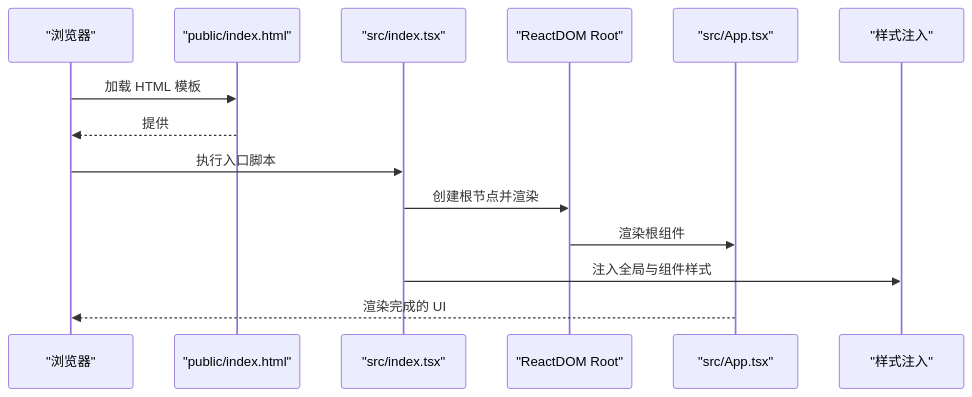
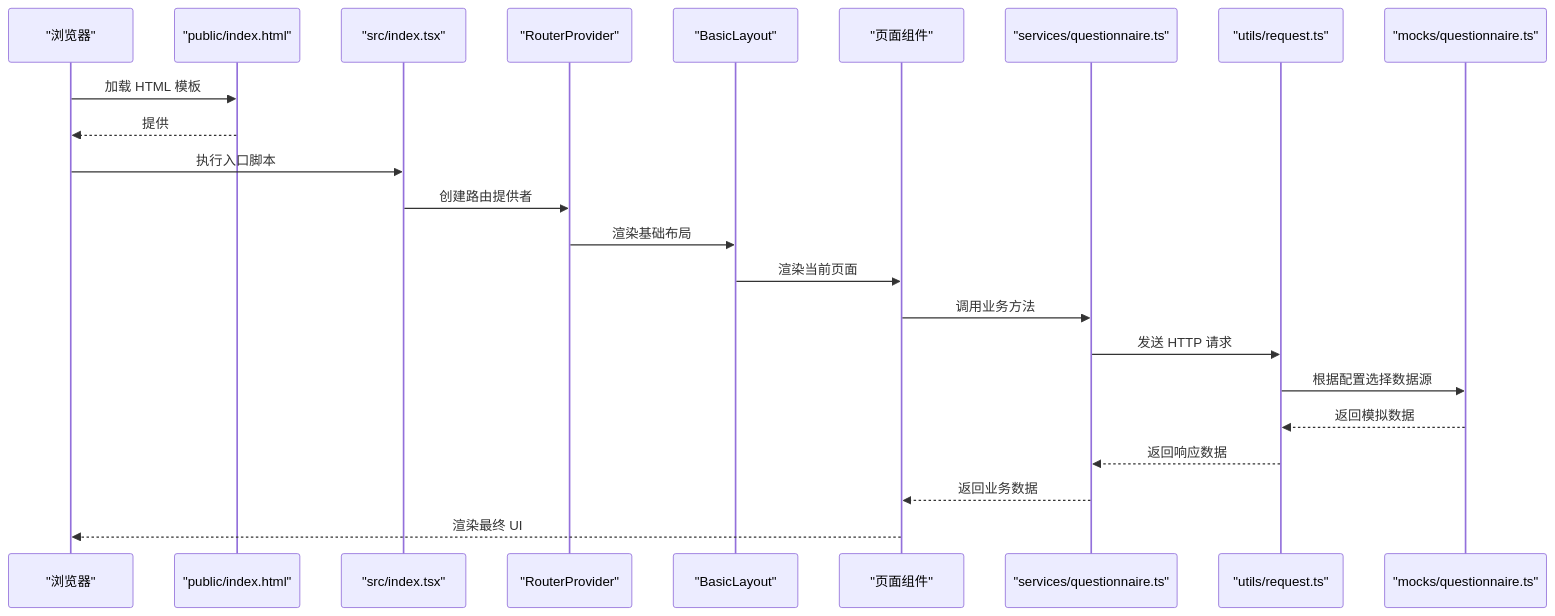
The second of 7 diagrams in .qoder/repowiki/zh/content/核心组件/核心组件.md (kkxxll/reactNext), drawn with Mermaid before and after one commit. The commit also changed other lines of this file and 12 other files, not shown here.

````diff
--- a/.qoder/repowiki/zh/content/核心组件/核心组件.md
+++ b/.qoder/repowiki/zh/content/核心组件/核心组件.md
@@ -85,16 +111,25 @@
 ```mermaid
 sequenceDiagram
 participant Browser as "浏览器"
 participant HTML as "public/index.html"
 participant Entry as "src/index.tsx"
-participant Root as "ReactDOM Root"
-participant App as "src/App.tsx"
-participant Styles as "样式注入"
+participant Router as "RouterProvider"
+participant Layout as "BasicLayout"
+participant Page as "页面组件"
+participant Service as "services/questionnaire.ts"
+participant Request as "utils/request.ts"
+participant Mock as "mocks/questionnaire.ts"
 Browser->>HTML : 加载 HTML 模板
 HTML-->>Browser : 提供 #root 容器
 Browser->>Entry : 执行入口脚本
-Entry->>Root : 创建根节点并渲染
-Root->>App : 渲染根组件
-Entry->>Styles : 注入全局与组件样式
-App-->>Browser : 渲染完成的 UI
+Entry->>Router : 创建路由提供者
+Router->>Layout : 渲染基础布局
+Layout->>Page : 渲染当前页面
+Page->>Service : 调用业务方法
+Service->>Request : 发送 HTTP 请求
+Request->>Mock : 根据配置选择数据源
+Mock-->>Request : 返回模拟数据
+Request-->>Service : 返回响应数据
+Service-->>Page : 返回业务数据
+Page-->>Browser : 渲染最终 UI
 ```
````
